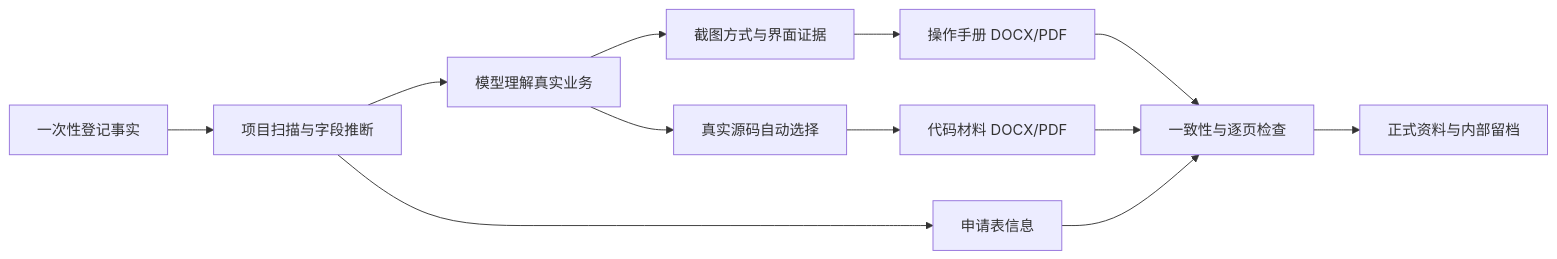
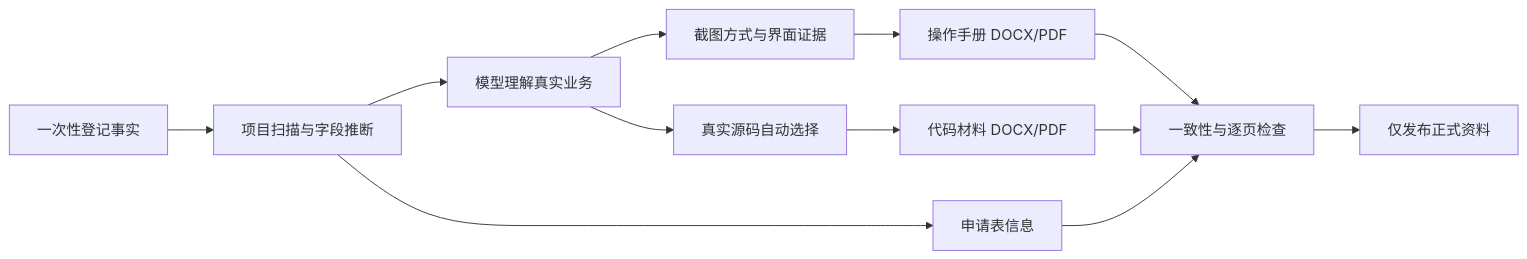
Before and after one commit to IvanCodesDev/software-certificate-skill: the diagram in README.md, drawn with Mermaid. The commit also changed other lines of this file and 36 other files, not shown here.

````diff
--- a/README.md
+++ b/README.md
@@ -140,14 +127,14 @@
 ```mermaid
 flowchart LR
     A[一次性登记事实] --> B[项目扫描与字段推断]
     B --> C[模型理解真实业务]
     C --> D[截图方式与界面证据]
     C --> E[真实源码自动选择]
     D --> F[操作手册 DOCX/PDF]
     E --> G[代码材料 DOCX/PDF]
     B --> H[申请表信息]
     F --> I[一致性与逐页检查]
     G --> I
     H --> I
-    I --> J[正式资料与内部留档]
+    I --> J[仅发布正式资料]
 ```
````
